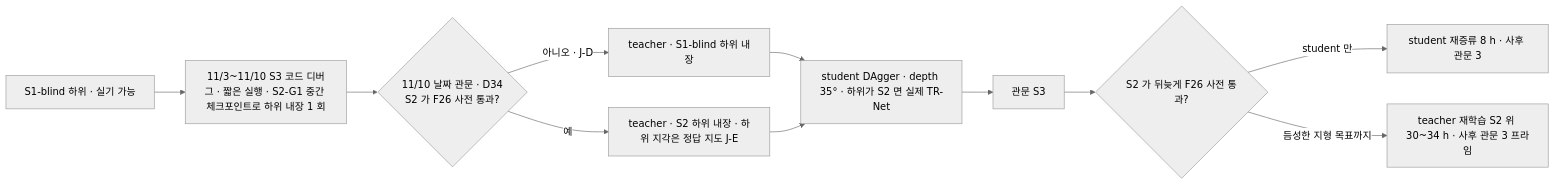
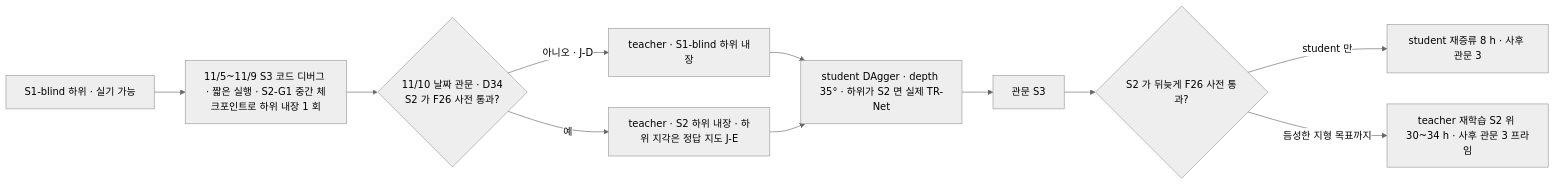
Before and after one commit to foothold-project/foothold-lab: the second of 2 diagrams in inbox/jay/20261019-design/21-HIPAN-HIGH.md, drawn with Mermaid (neutral theme). The commit also changed other lines of this file and 20 other files, not shown here.

````diff
--- a/inbox/jay/20261019-design/21-HIPAN-HIGH.md
+++ b/inbox/jay/20261019-design/21-HIPAN-HIGH.md
@@ -79,13 +79,13 @@
 ```mermaid
 flowchart LR
-  S1[S1-blind 하위 · 실기 가능] --> DBG[11/3~11/10 S3 코드 디버그 · 짧은 실행 · S2-G1 중간 체크포인트로 하위 내장 1 회]
+  S1[S1-blind 하위 · 실기 가능] --> DBG[11/5~11/9 S3 코드 디버그 · 짧은 실행 · S2-G1 중간 체크포인트로 하위 내장 1 회]
   DBG --> SEL{11/10 날짜 관문 · D34<br/>S2 가 F26 사전 통과?}
   SEL -->|예| T2[teacher · S2 하위 내장 · 하위 지각은 정답 지도 J-E]
   SEL -->|아니오 · J-D| T1[teacher · S1-blind 하위 내장]
   T1 --> ST[student DAgger · depth 35° · 하위가 S2 면 실제 TR-Net]
   T2 --> ST
   ST --> EVAL[관문 S3]
   EVAL --> SW{S2 가 뒤늦게 F26 사전 통과?}
   SW -->|student 만| RD[student 재증류 8 h · 사후 관문 3]
   SW -->|듬성한 지형 목표까지| RT[teacher 재학습 S2 위 30~34 h · 사후 관문 3 프라임]
 ```
````
